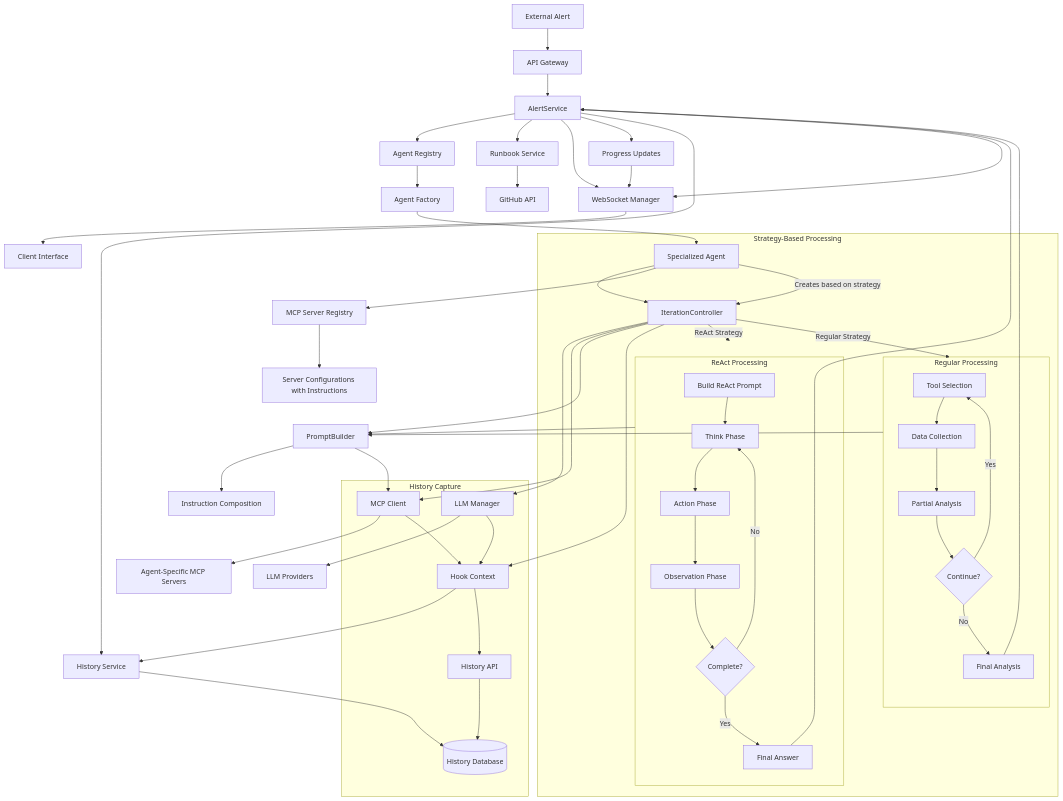
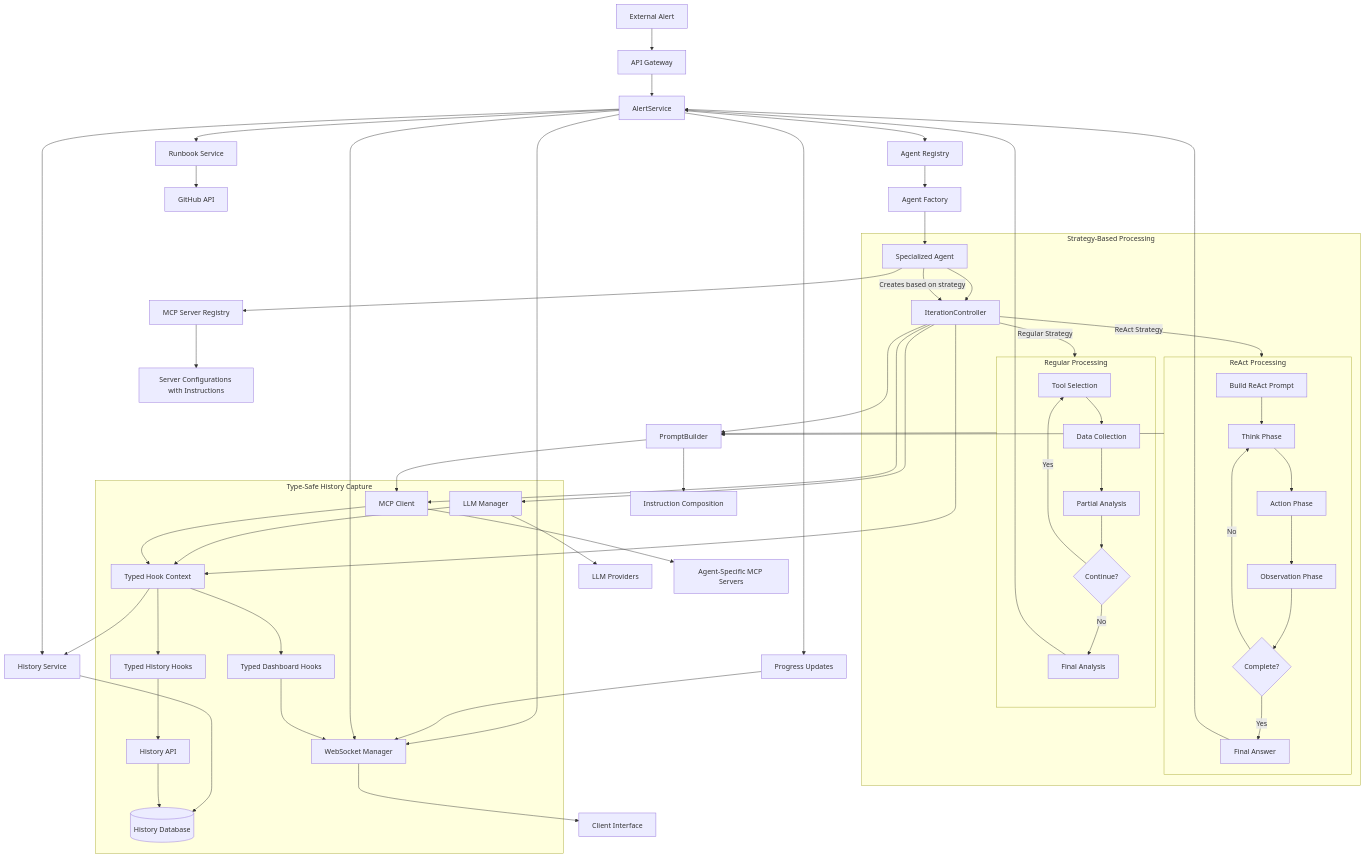
The first of 2 diagrams in docs/design.md (rsoaresd/tarsy-bot), drawn with Mermaid before and after one commit. The commit also changed other lines of this file and 72 other files, not shown here.

````diff
--- a/docs/design.md
+++ b/docs/design.md
@@ -174,73 +176,76 @@
 ```mermaid
 graph TD
     A[External Alert] --> B[API Gateway]
     B --> C[AlertService]
     C --> D[Agent Registry]
     D --> E[Agent Factory]
     E --> F[Specialized Agent]
     
     C --> G[Runbook Service]
     G --> H[GitHub API]
     
     C --> I[WebSocket Manager]
     I --> J[Client Interface]
     
     F --> IC[IterationController]
     IC --> K[LLM Manager]
     K --> L[LLM Providers]
     
     IC --> M[MCP Client]
     M --> N[Agent-Specific MCP Servers]
     
     F --> O[MCP Server Registry]
     O --> P[Server Configurations with Instructions]
     
     IC --> PB[PromptBuilder]
     PB --> Q[Instruction Composition]
     
     C --> R[Progress Updates]
     R --> I
     
     C --> HS[History Service]
     HS --> HDB[(History Database)]
     
-    IC --> HC[Hook Context]
+    IC --> HC[Typed Hook Context]
     HC --> HS
     
     subgraph "Strategy-Based Processing"
         F --> |Creates based on strategy| IC
         IC --> |ReAct Strategy| ReactLoop[ReAct Loop]
         IC --> |Regular Strategy| RegularLoop[Regular Loop]
         
         subgraph ReactLoop [ReAct Processing]
             RQ[Build ReAct Prompt] --> RT[Think Phase]
             RT --> RA[Action Phase]
             RA --> RO[Observation Phase]
             RO --> RC{Complete?}
             RC -->|No| RT
             RC -->|Yes| RF[Final Answer]
         end
         
         subgraph RegularLoop [Regular Processing]
             RS[Tool Selection] --> RD[Data Collection]
             RD --> RP[Partial Analysis]
             RP --> RV{Continue?}
             RV -->|Yes| RS
             RV -->|No| RL[Final Analysis]
         end
     end
     
     ReactLoop --> PB
     RegularLoop --> PB
     PB --> M
     RF --> C
     RL --> C
     C --> I
     
-    subgraph "History Capture"
+    subgraph "Type-Safe History Capture"
         K --> HC
         M --> HC
-        HC --> HA[History API]
+        HC --> THH[Typed History Hooks]
+        THH --> HA[History API]
         HA --> HDB
+        HC --> TDH[Typed Dashboard Hooks]
+        TDH --> I
     end
 ```
````
